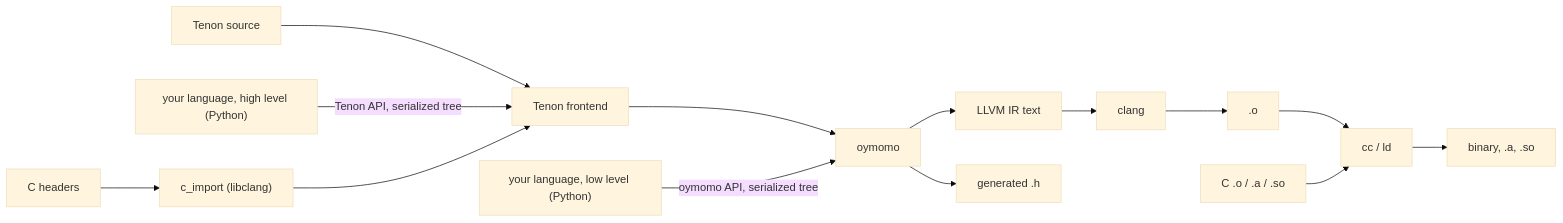
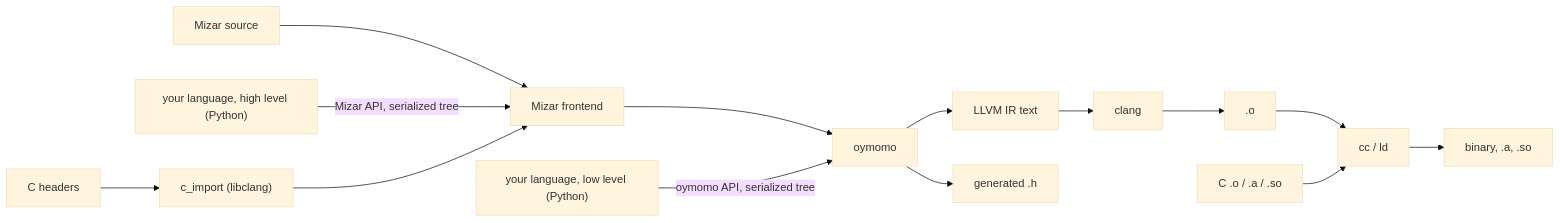
Before and after one commit to tapl-org/tapl: the second of 2 diagrams in oymo/docs/roadmap.md, drawn with Mermaid (base theme). The commit also changed other lines of this file and 9 other files, not shown here.

Commit message:
docs: split Tenon language plan into Alcor and Mizar plans and update documentation references

````diff
--- a/oymo/docs/roadmap.md
+++ b/oymo/docs/roadmap.md
@@ -347,13 +348,13 @@
 ```mermaid
 flowchart LR
-  tenon["Tenon source"] --> fe["Tenon frontend"]
-  hi["your language, high level (Python)"] -- "Tenon API, serialized tree" --> fe
+  mizar["Mizar source"] --> fe["Mizar frontend"]
+  hi["your language, high level (Python)"] -- "Mizar API, serialized tree" --> fe
   hdr["C headers"] --> imp["c_import (libclang)"] --> fe
   fe --> o["oymomo"]
   lo["your language, low level (Python)"] -- "oymomo API, serialized tree" --> o
   o --> ll["LLVM IR text"] --> clang["clang"] --> obj[".o"]
   obj --> link["cc / ld"]
   cobj["C .o / .a / .so"] --> link
   link --> out["binary, .a, .so"]
   o --> h["generated .h"]
 ```
````
